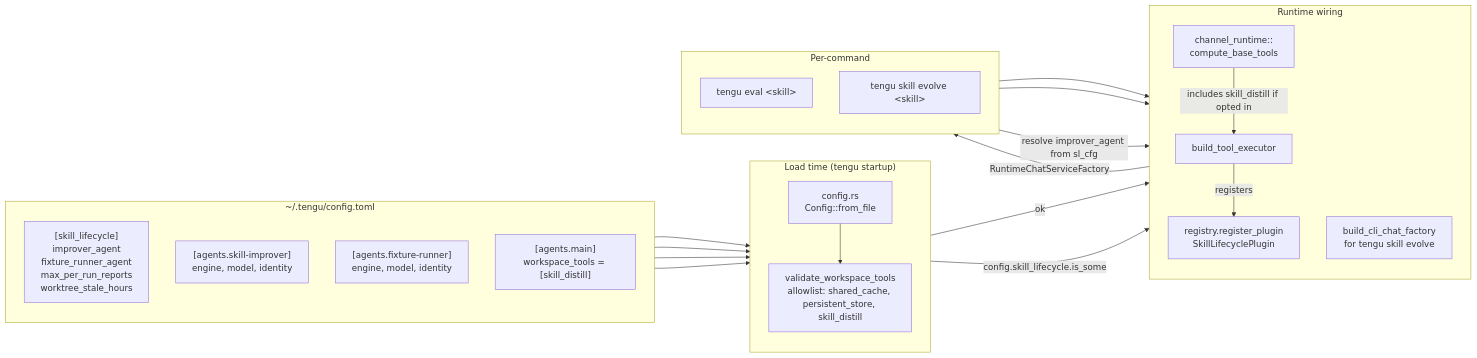
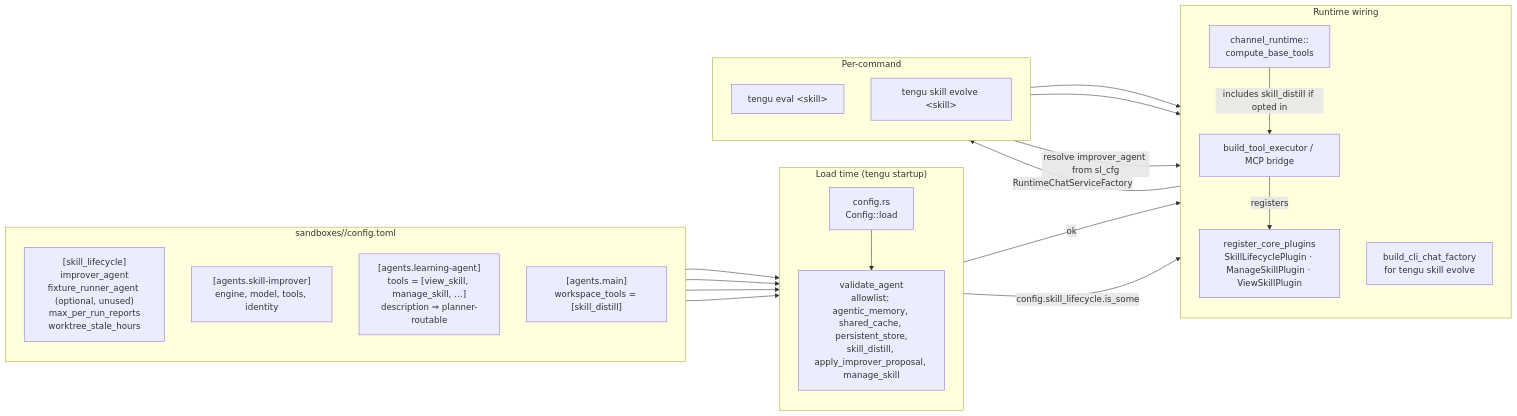
The eighth of 8 diagrams in docs/skill-lifecycle-pipeline-diagrams.md (DemidovVladimir/tengu-cluster), drawn with Mermaid before and after one commit. The commit also changed other lines of this file and 125 other files, not shown here.

````diff
--- a/docs/skill-lifecycle-pipeline-diagrams.md
+++ b/docs/skill-lifecycle-pipeline-diagrams.md
@@ -569,43 +592,43 @@
 ```mermaid
 flowchart LR
-    subgraph TOML["~/.tengu/config.toml"]
+    subgraph TOML["sandboxes/<name>/config.toml"]
         direction TB
-        cfg_sl["[skill_lifecycle]<br/>improver_agent<br/>fixture_runner_agent<br/>max_per_run_reports<br/>worktree_stale_hours"]
-        cfg_imp["[agents.skill-improver]<br/>engine, model, identity"]
-        cfg_fr["[agents.fixture-runner]<br/>engine, model, identity"]
+        cfg_sl["[skill_lifecycle]<br/>improver_agent<br/>fixture_runner_agent (optional, unused)<br/>max_per_run_reports<br/>worktree_stale_hours"]
+        cfg_imp["[agents.skill-improver]<br/>engine, model, tools, identity"]
+        cfg_fr["[agents.learning-agent]<br/>tools = [view_skill, manage_skill, …]<br/>description ⇒ planner-routable"]
         cfg_main["[agents.main]<br/>workspace_tools = [skill_distill]"]
     end
 
     subgraph Load["Load time (tengu startup)"]
         direction TB
-        parse[config.rs<br/>Config::from_file]
-        validate[validate_workspace_tools<br/>allowlist: shared_cache, persistent_store, skill_distill]
+        parse[config.rs<br/>Config::load]
+        validate[validate_agent<br/>allowlist: agentic_memory, shared_cache, persistent_store,<br/>skill_distill, apply_improver_proposal, manage_skill]
     end
 
     subgraph Runtime["Runtime wiring"]
         direction TB
         cbt[channel_runtime::<br/>compute_base_tools]
-        bte[build_tool_executor]
-        reg[registry.register_plugin<br/>SkillLifecyclePlugin]
+        bte[build_tool_executor / MCP bridge]
+        reg[register_core_plugins<br/>SkillLifecyclePlugin · ManageSkillPlugin · ViewSkillPlugin]
         bccf[build_cli_chat_factory<br/>for tengu skill evolve]
     end
 
     subgraph Invoke["Per-command"]
         direction TB
         eval_inv[tengu eval &lt;skill&gt;]
         evolve_inv[tengu skill evolve &lt;skill&gt;]
     end
 
     cfg_sl --> parse
     cfg_imp & cfg_fr & cfg_main --> parse
     parse --> validate
     validate -->|ok| cbt
     cbt -->|includes skill_distill if opted in| bte
     bte -->|registers| reg
     parse -->|config.skill_lifecycle.is_some| bccf
 
     eval_inv --> cbt
     evolve_inv --> bccf
     evolve_inv -->|resolve improver_agent from sl_cfg| bccf
     bccf -->|RuntimeChatServiceFactory| evolve_inv
 ```
````
